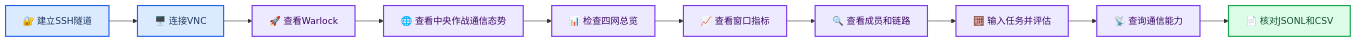
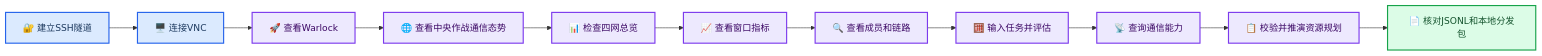
One commit to violetnozomi/afsim changed the diagram in docs/功能使用手册.md. Above: the diagram before and after it, drawn with Mermaid. The commit also changed other lines of this file and 34 other files, not shown here.

````diff
--- a/docs/功能使用手册.md
+++ b/docs/功能使用手册.md
@@ -34,23 +35,24 @@
 ```mermaid
 flowchart LR
     accTitle: Network Resource Manager Usage
     accDescr: The operator connects from Windows, opens the prepared four-network scenario in Warlock, inspects live resources, and verifies persisted reports.
 
     tunnel["🔐 建立SSH隧道"] --> viewer["🖥️ 连接VNC"]
     viewer --> warlock["🚀 查看Warlock"]
     warlock --> tactical["🌐 查看中央作战通信态势"]
     tactical --> overview["📊 检查四网总览"]
     overview --> metrics["📈 查看窗口指标"]
     metrics --> detail["🔍 查看成员和链路"]
     detail --> assessment["🧮 输入任务并评估"]
     assessment --> capability["📡 查询通信能力"]
-    capability --> output["📄 核对JSONL和CSV"]
+    capability --> planning["📋 校验并推演资源规划"]
+    planning --> output["📄 核对JSONL和本地分发包"]
 
     classDef access fill:#dbeafe,stroke:#2563eb,stroke-width:2px,color:#1e3a5f
     classDef inspect fill:#ede9fe,stroke:#7c3aed,stroke-width:2px,color:#3b0764
     classDef result fill:#dcfce7,stroke:#16a34a,stroke-width:2px,color:#14532d
 
     class tunnel,viewer access
-    class warlock,tactical,overview,metrics,detail,assessment,capability inspect
+    class warlock,tactical,overview,metrics,detail,assessment,capability,planning inspect
     class output result
 ```
````
